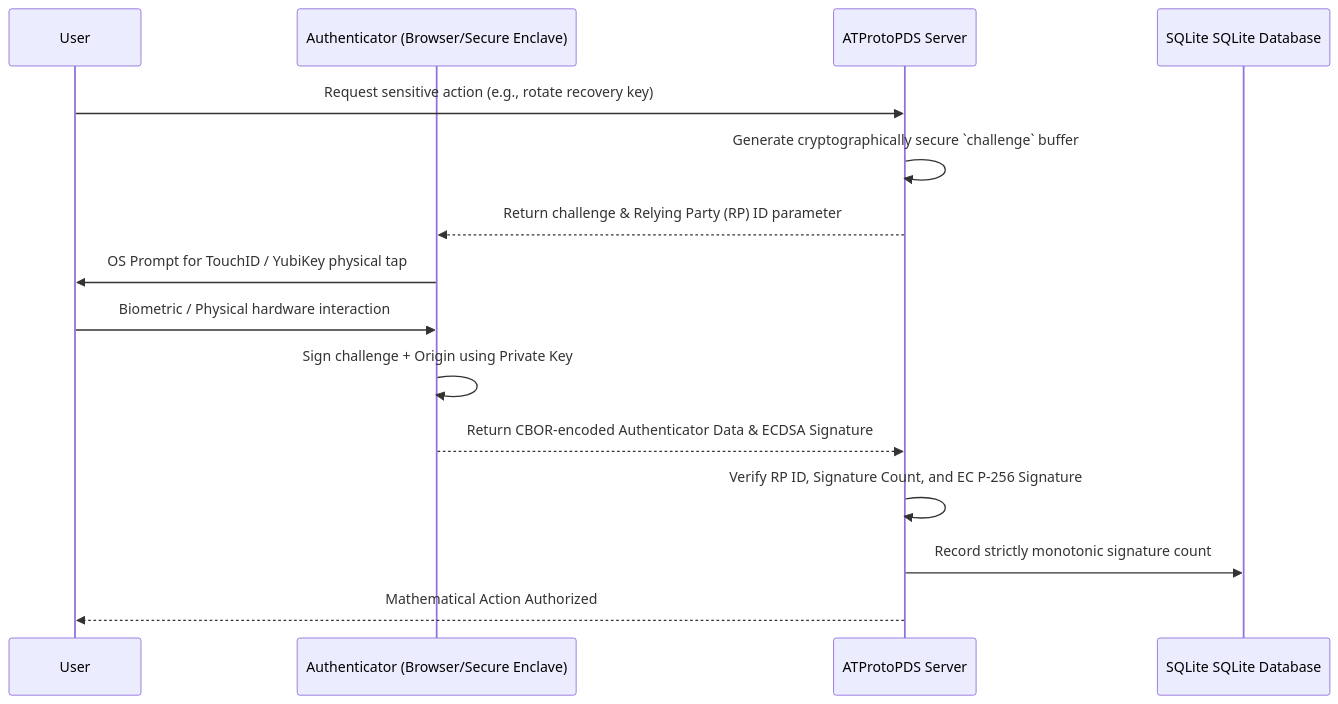
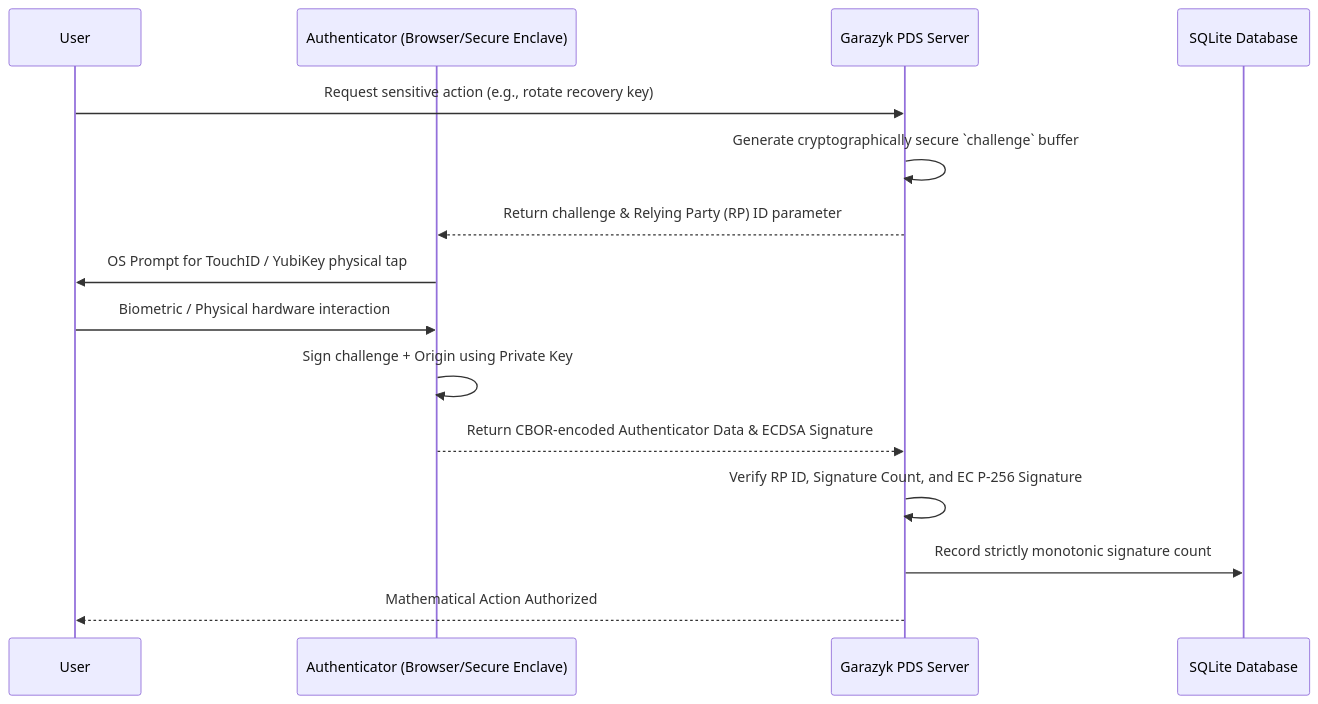
Before and after one commit to jvalinsky/garazyk: the diagram in Garazyk/docs-site/src/content/docs/auth/hardware-security.md, drawn with Mermaid. The commit also changed other lines of this file and 28 other files, not shown here.

````diff
--- a/Garazyk/docs-site/src/content/docs/auth/hardware-security.md
+++ b/Garazyk/docs-site/src/content/docs/auth/hardware-security.md
@@ -57,18 +57,18 @@
 ```mermaid
 sequenceDiagram
     participant User
     participant Browser as Authenticator (Browser/Secure Enclave)
-    participant PDS as ATProtoPDS Server
-    participant DB as SQLite SQLite Database
+    participant PDS as Garazyk PDS Server
+    participant DB as SQLite Database
 
     User->>PDS: Request sensitive action (e.g., rotate recovery key)
     PDS->>PDS: Generate cryptographically secure `challenge` buffer
     PDS-->>Browser: Return challenge & Relying Party (RP) ID parameter
     Browser->>User: OS Prompt for TouchID / YubiKey physical tap
     User->>Browser: Biometric / Physical hardware interaction
     Browser->>Browser: Sign challenge + Origin using Private Key
     Browser-->>PDS: Return CBOR-encoded Authenticator Data & ECDSA Signature
     PDS->>PDS: Verify RP ID, Signature Count, and EC P-256 Signature
     PDS->>DB: Record strictly monotonic signature count
     PDS-->>User: Mathematical Action Authorized
 ```
````
